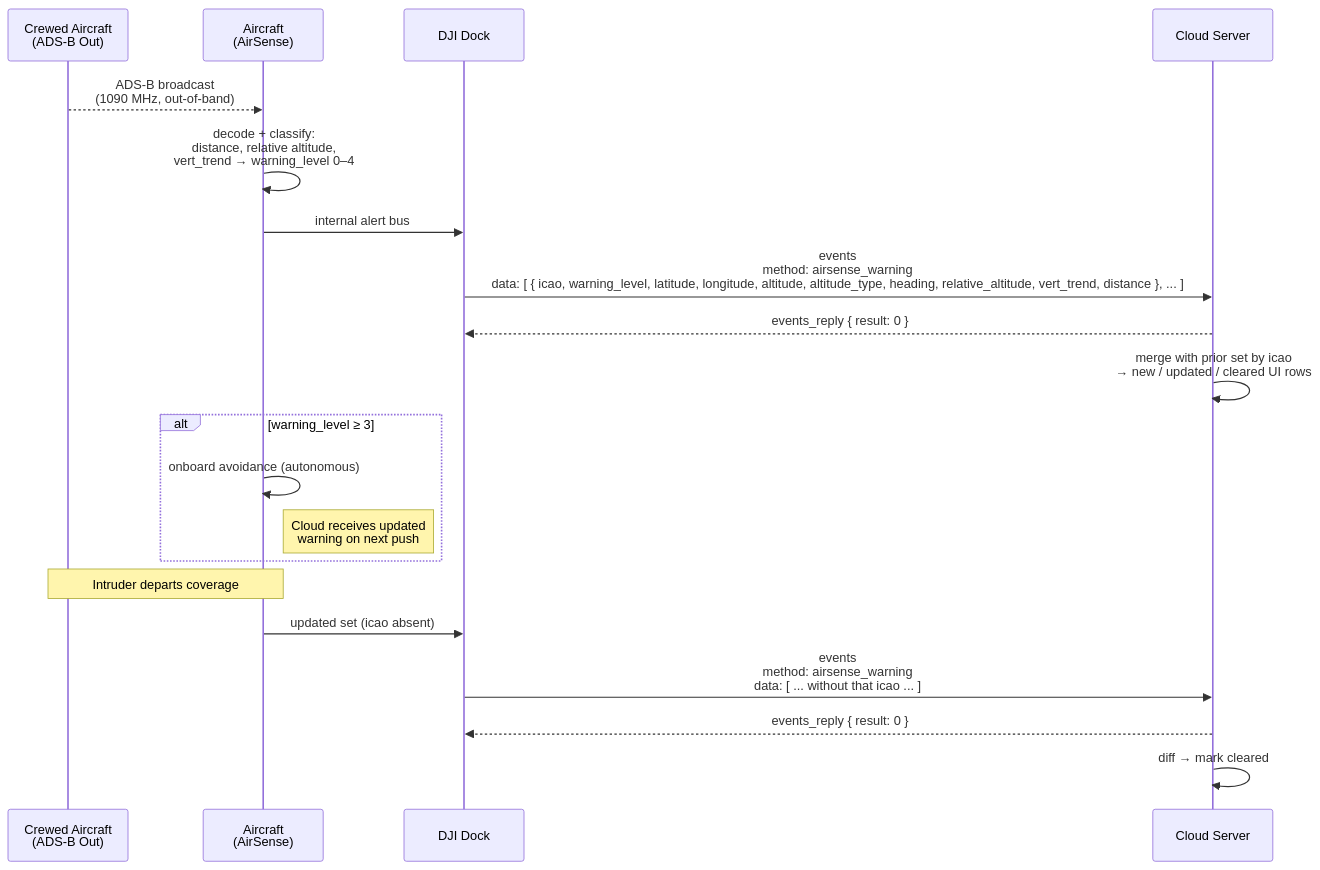
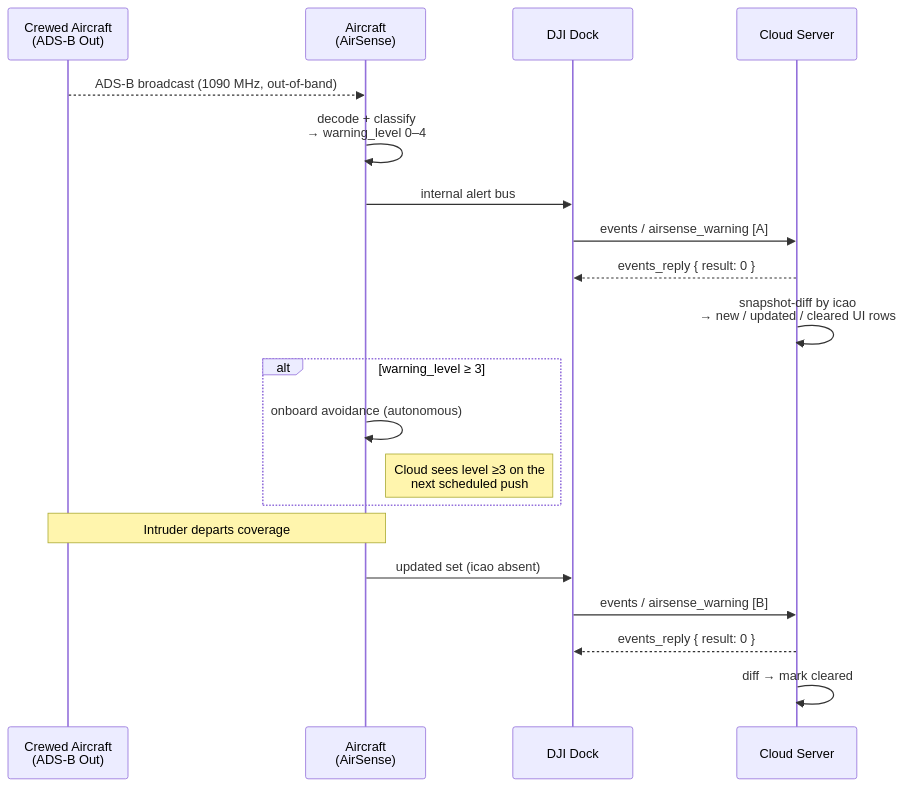
Before and after one commit to larry-watkins-wps/DJI-docs-master: the diagram in master-docs/workflows/airsense-events.md, drawn with Mermaid. The commit also changed other lines of this file and 10 other files, not shown here.

First line of the commit message:
docs: beautify workflow mermaid diagrams with separate JSON payload blocks

````diff
--- a/master-docs/workflows/airsense-events.md
+++ b/master-docs/workflows/airsense-events.md
@@ -41,27 +41,27 @@
 ```mermaid
 sequenceDiagram
     participant crewed as Crewed Aircraft<br/>(ADS-B Out)
     participant drone as Aircraft<br/>(AirSense)
     participant dock as DJI Dock
     participant cloud as Cloud Server
 
-    crewed -->> drone: ADS-B broadcast<br/>(1090 MHz, out-of-band)
-    drone ->> drone: decode + classify:<br/>distance, relative altitude,<br/>vert_trend → warning_level 0–4
+    crewed -->> drone: ADS-B broadcast (1090 MHz, out-of-band)
+    drone ->> drone: decode + classify<br/>→ warning_level 0–4
 
     drone ->> dock: internal alert bus
-    dock ->> cloud: events<br/>method: airsense_warning<br/>data: [ { icao, warning_level, latitude, longitude, altitude, altitude_type, heading, relative_altitude, vert_trend, distance }, ... ]
+    dock ->> cloud: events / airsense_warning   [A]
     cloud -->> dock: events_reply { result: 0 }
 
-    cloud ->> cloud: merge with prior set by icao<br/>→ new / updated / cleared UI rows
+    cloud ->> cloud: snapshot-diff by icao<br/>→ new / updated / cleared UI rows
 
     alt warning_level ≥ 3
         drone ->> drone: onboard avoidance (autonomous)
-        note right of drone: Cloud receives updated<br/>warning on next push
+        note right of drone: Cloud sees level ≥3 on the<br/>next scheduled push
     end
 
     note over crewed,drone: Intruder departs coverage
     drone ->> dock: updated set (icao absent)
-    dock ->> cloud: events<br/>method: airsense_warning<br/>data: [ ... without that icao ... ]
+    dock ->> cloud: events / airsense_warning   [B]
     cloud -->> dock: events_reply { result: 0 }
     cloud ->> cloud: diff → mark cleared
 ```
````
